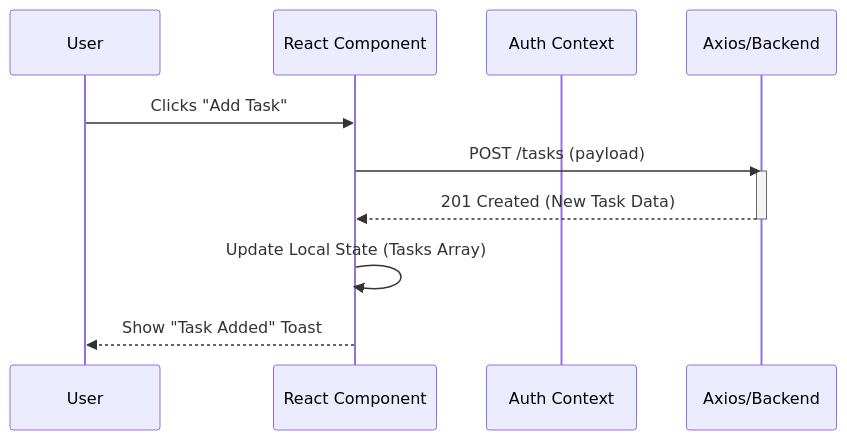
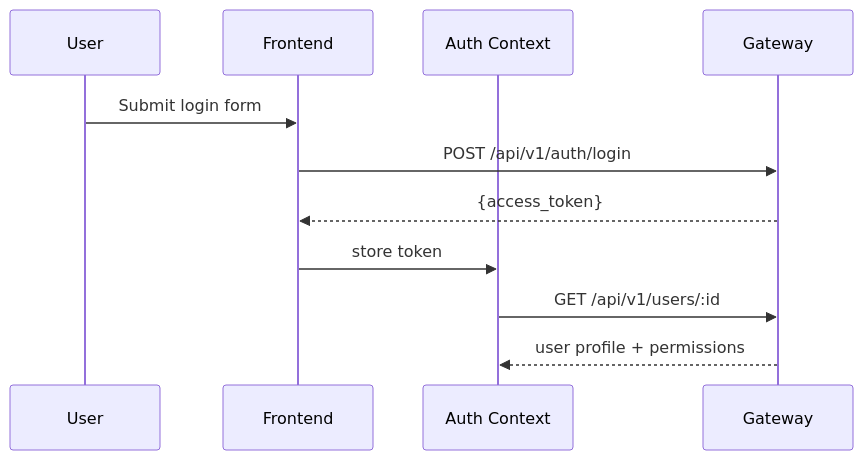
One commit to HackyCoder0951/authdb changed the second of 2 diagrams in docs/Front-End.md. Above: the diagram before and after it, drawn with Mermaid. The commit also changed other lines of this file and 3 other files, not shown here.

Commit message:
feat: update documentation for system architecture and backend services

````diff
--- a/docs/Front-End.md
+++ b/docs/Front-End.md
@@ -59,15 +42,14 @@
 ```mermaid
 sequenceDiagram
     participant U as User
-    participant UI as React Component
-    participant C as Auth Context
-    participant API as Axios/Backend
-    
-    U->>UI: Clicks "Add Task"
-    UI->>API: POST /tasks (payload)
-    activate API
-    API-->>UI: 201 Created (New Task Data)
-    deactivate API
-    UI->>UI: Update Local State (Tasks Array)
-    UI-->>U: Show "Task Added" Toast
+    participant UI as Frontend
+    participant A as Auth Context
+    participant API as Gateway
+
+    U->>UI: Submit login form
+    UI->>API: POST /api/v1/auth/login
+    API-->>UI: {access_token}
+    UI->>A: store token
+    A->>API: GET /api/v1/users/:id
+    API-->>A: user profile + permissions
 ```
````
